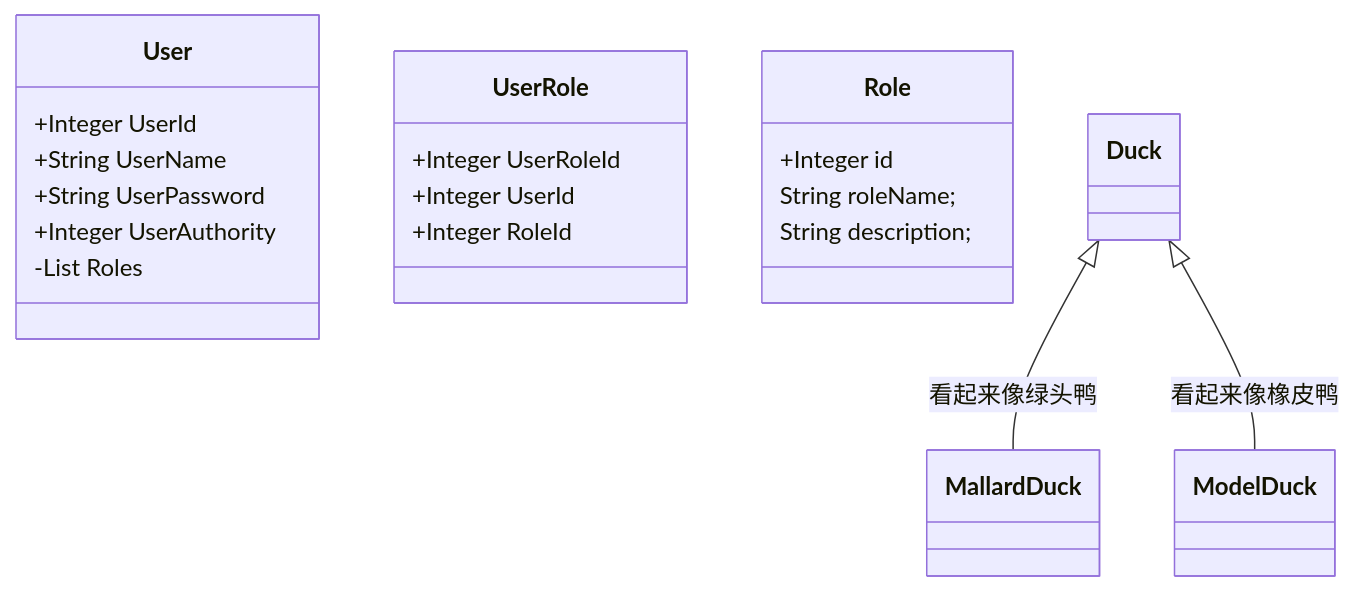
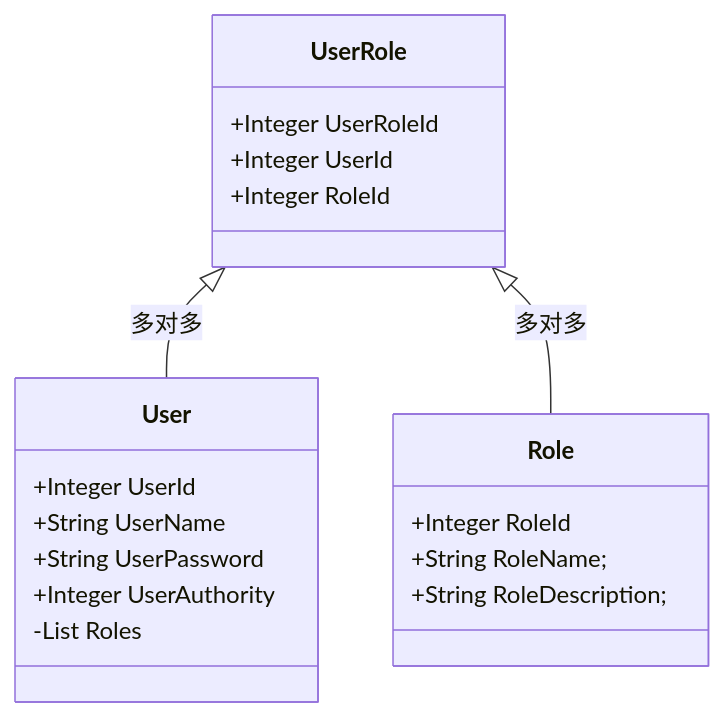
Before and after one commit to poppop9/obsidian: the diagram in 计算机/JavaWeb/后端/SpringBoot/2-2 MyBatis Plus.md, drawn with Mermaid. The commit also changed 2 other files, not shown here.

Commit message:
vault backup: 2024-06-14 21:15:50

````diff
--- a/计算机/JavaWeb/后端/SpringBoot/2-2 MyBatis Plus.md
+++ b/计算机/JavaWeb/后端/SpringBoot/2-2 MyBatis Plus.md
@@ -466,26 +466,26 @@
 ```mermaid
 classDiagram
     class User {
 		+Integer UserId
         +String UserName
         +String UserPassword
         +Integer UserAuthority
         -List<String> Roles
     }
     
     class UserRole {
         +Integer UserRoleId
         +Integer UserId
         +Integer RoleId
     }
     
     class Role {
-        +Integer id
-        String roleName;
-        String description;
+        +Integer RoleId
+        +String RoleName;
+        +String RoleDescription;
     }
     
-    Duck <|-- MallardDuck : 看起来像绿头鸭
-    Duck <|-- ModelDuck : 看起来像橡皮鸭
+    UserRole <|-- User : 多对多
+    UserRole <|-- Role : 多对多
 
 ```
````
